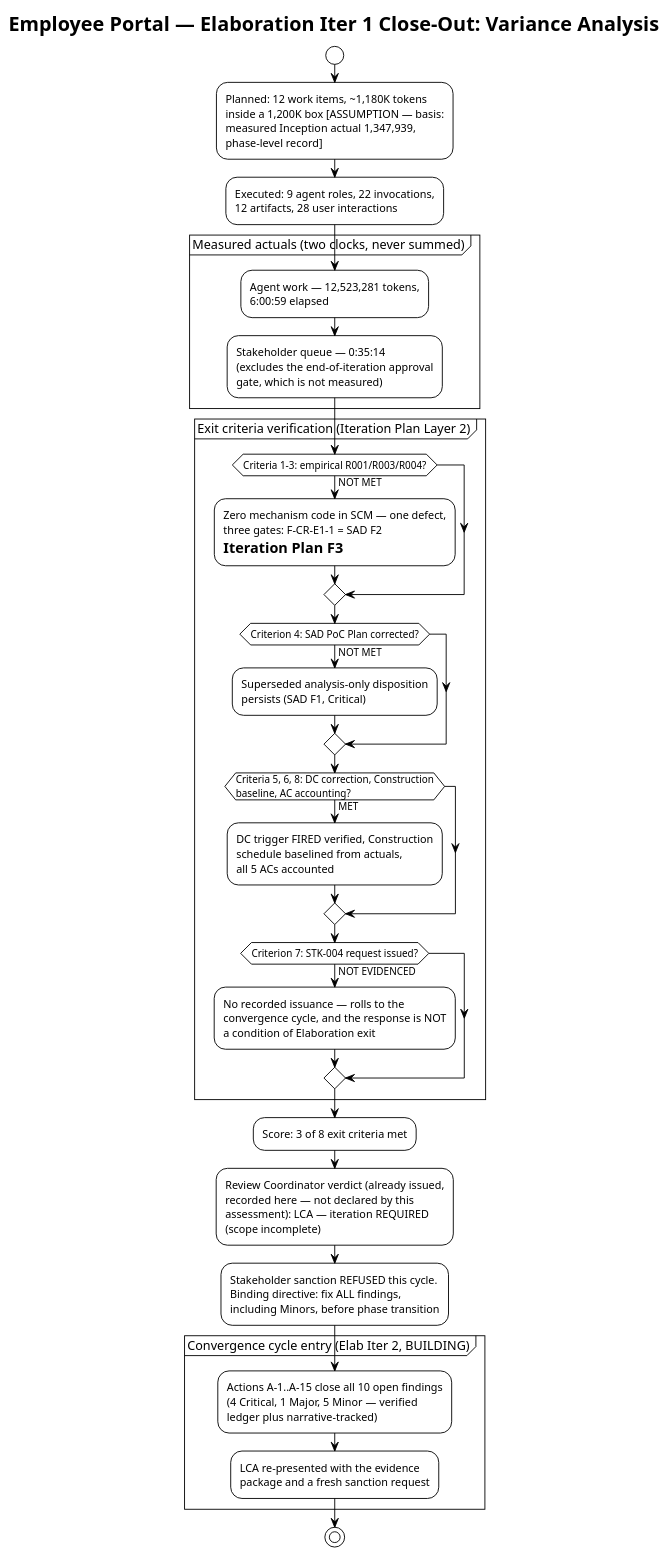
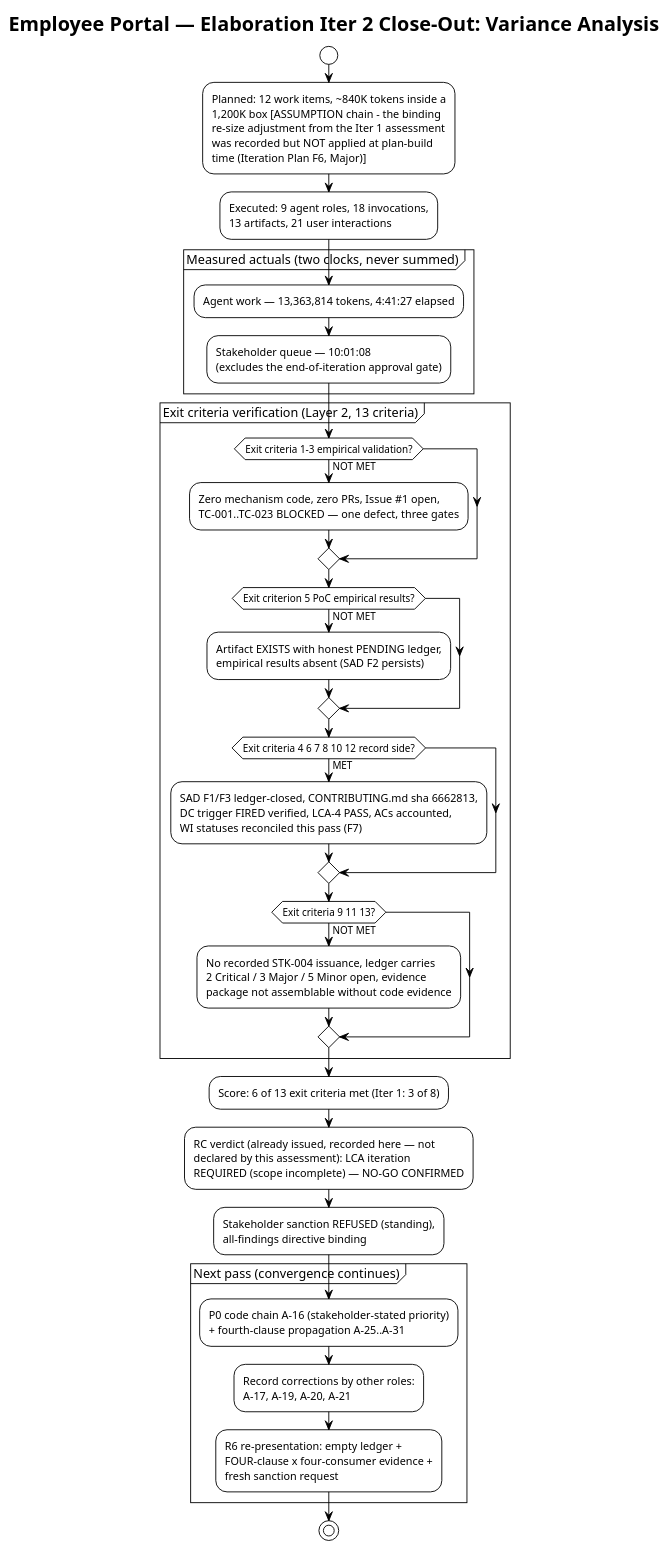
One commit to banense-test/employee-portal changed the fourth of 4 diagrams in docs/artifacts/project-management/iteration-assessment.md. Above: the diagram before and after it, drawn with PlantUML. The commit also changed other lines of this file, not shown here.

First line of the commit message:
Project Manager [E2]: upsert Iteration Assessment

````diff
--- a/docs/artifacts/project-management/iteration-assessment.md
+++ b/docs/artifacts/project-management/iteration-assessment.md
@@ -321,40 +338,41 @@
 ```plantuml
 @startuml
 !theme plain
-title Employee Portal — Elaboration Iter 1 Close-Out: Variance Analysis
+title Employee Portal — Elaboration Iter 2 Close-Out: Variance Analysis
 
 start
-:Planned: 12 work items, ~1,180K tokens\ninside a 1,200K box [ASSUMPTION — basis:\nmeasured Inception actual 1,347,939,\nphase-level record];
-:Executed: 9 agent roles, 22 invocations,\n12 artifacts, 28 user interactions;
+:Planned: 12 work items, ~840K tokens inside a\n1,200K box [ASSUMPTION chain - the binding\nre-size adjustment from the Iter 1 assessment\nwas recorded but NOT applied at plan-build\ntime (Iteration Plan F6, Major)];
+:Executed: 9 agent roles, 18 invocations,\n13 artifacts, 21 user interactions;
 
 partition "Measured actuals (two clocks, never summed)" {
-  :Agent work — 12,523,281 tokens,\n6:00:59 elapsed;
-  :Stakeholder queue — 0:35:14\n(excludes the end-of-iteration approval\ngate, which is not measured);
+  :Agent work — 13,363,814 tokens, 4:41:27 elapsed;
+  :Stakeholder queue — 10:01:08\n(excludes the end-of-iteration approval gate);
 }
 
-partition "Exit criteria verification (Iteration Plan Layer 2)" {
-  if (Criteria 1-3: empirical R001/R003/R004?) then (NOT MET)
-    :Zero mechanism code in SCM — one defect,\nthree gates: F-CR-E1-1 = SAD F2\n= Iteration Plan F3;
+partition "Exit criteria verification (Layer 2, 13 criteria)" {
+  if (Exit criteria 1-3 empirical validation?) then (NOT MET)
+    :Zero mechanism code, zero PRs, Issue #1 open,\nTC-001..TC-023 BLOCKED — one defect, three gates;
   endif
-  if (Criterion 4: SAD PoC Plan corrected?) then (NOT MET)
-    :Superseded analysis-only disposition\npersists (SAD F1, Critical);
+  if (Exit criterion 5 PoC empirical results?) then (NOT MET)
+    :Artifact EXISTS with honest PENDING ledger,\nempirical results absent (SAD F2 persists);
   endif
-  if (Criteria 5, 6, 8: DC correction, Construction\nbaseline, AC accounting?) then (MET)
-    :DC trigger FIRED verified, Construction\nschedule baselined from actuals,\nall 5 ACs accounted;
+  if (Exit criteria 4 6 7 8 10 12 record side?) then (MET)
+    :SAD F1/F3 ledger-closed, CONTRIBUTING.md sha 6662813,\nDC trigger FIRED verified, LCA-4 PASS, ACs accounted,\nWI statuses reconciled this pass (F7);
   endif
-  if (Criterion 7: STK-004 request issued?) then (NOT EVIDENCED)
-    :No recorded issuance — rolls to the\nconvergence cycle, and the response is NOT\na condition of Elaboration exit;
+  if (Exit criteria 9 11 13?) then (NOT MET)
+    :No recorded STK-004 issuance, ledger carries\n2 Critical / 3 Major / 5 Minor open, evidence\npackage not assemblable without code evidence;
   endif
 }
 
-:Score: 3 of 8 exit criteria met;
-:Review Coordinator verdict (already issued,\nrecorded here — not declared by this\nassessment): LCA — iteration REQUIRED\n(scope incomplete);
-:Stakeholder sanction REFUSED this cycle.\nBinding directive: fix ALL findings,\nincluding Minors, before phase transition;
+:Score: 6 of 13 exit criteria met (Iter 1: 3 of 8);
+:RC verdict (already issued, recorded here — not\ndeclared by this assessment): LCA iteration\nREQUIRED (scope incomplete) — NO-GO CONFIRMED;
+:Stakeholder sanction REFUSED (standing),\nall-findings directive binding;
 
-partition "Convergence cycle entry (Elab Iter 2, BUILDING)" {
-  :Actions A-1..A-15 close all 10 open findings\n(4 Critical, 1 Major, 5 Minor — verified\nledger plus narrative-tracked);
-  :LCA re-presented with the evidence\npackage and a fresh sanction request;
+partition "Next pass (convergence continues)" {
+  :P0 code chain A-16 (stakeholder-stated priority)\n+ fourth-clause propagation A-25..A-31;
+  :Record corrections by other roles:\nA-17, A-19, A-20, A-21;
+  :R6 re-presentation: empty ledger +\nFOUR-clause x four-consumer evidence +\nfresh sanction request;
 }
 stop
 @enduml
 ```
````
